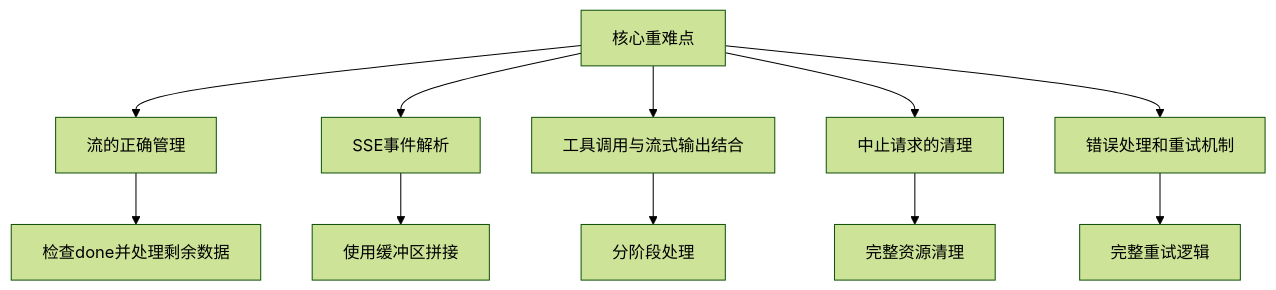
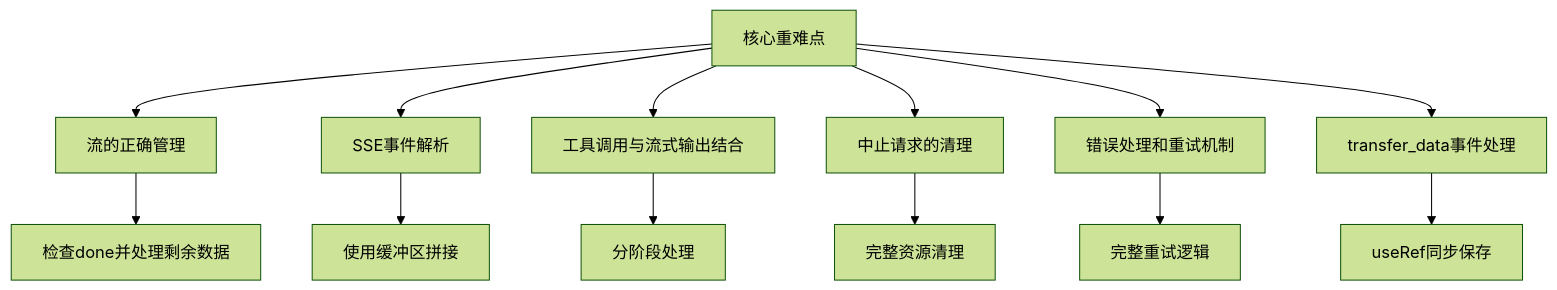
One commit to CryptoLinxu/Web3-AI-Agent changed diagram 28 of 35 in .qoder/repowiki/zh/content/核心技能详解/SSE流式聊天系统.md. Above: the diagram before and after it, drawn with Mermaid (forest theme). The commit also changed other lines of this file and 7 other files, not shown here.

````diff
--- a/.qoder/repowiki/zh/content/核心技能详解/SSE流式聊天系统.md
+++ b/.qoder/repowiki/zh/content/核心技能详解/SSE流式聊天系统.md
@@ -1062,13 +1344,15 @@
 ```mermaid
 flowchart TD
 CoreChallenges[核心重难点] --> StreamManagement[流的正确管理]
 CoreChallenges --> SSEParsing[SSE事件解析]
 CoreChallenges --> ToolIntegration[工具调用与流式输出结合]
 CoreChallenges --> RequestCancellation[中止请求的清理]
 CoreChallenges --> ErrorRetry[错误处理和重试机制]
+CoreChallenges --> TransferData[transfer_data事件处理]
 StreamManagement --> DoneCheck[检查done并处理剩余数据]
 SSEParsing --> BufferConcat[使用缓冲区拼接]
 ToolIntegration --> PhaseProcess[分阶段处理]
 RequestCancellation --> ResourceCleanup[完整资源清理]
 ErrorRetry --> RetryLogic[完整重试逻辑]
+TransferData --> RefSync[useRef同步保存]
 ```
````
